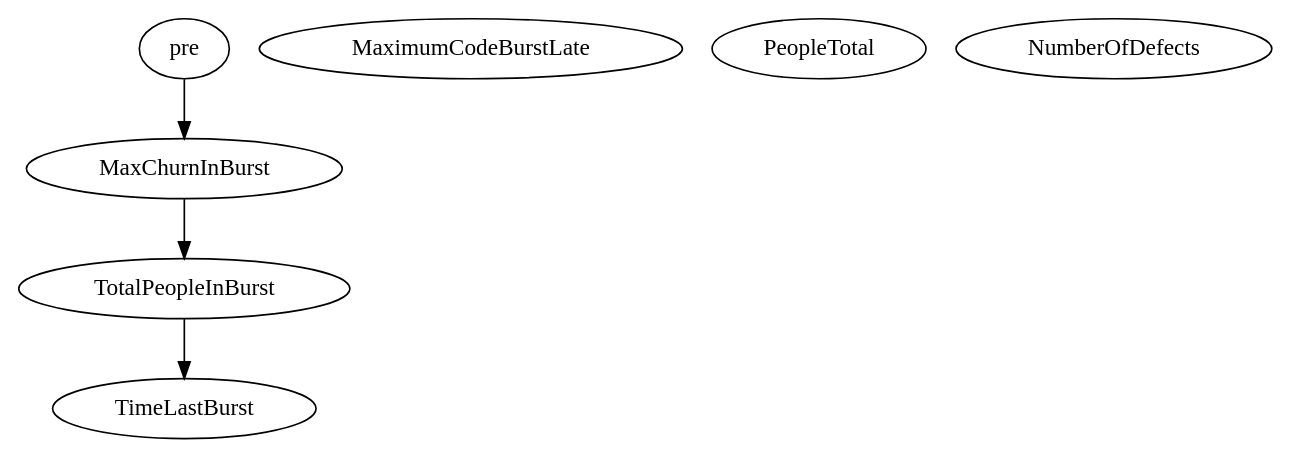
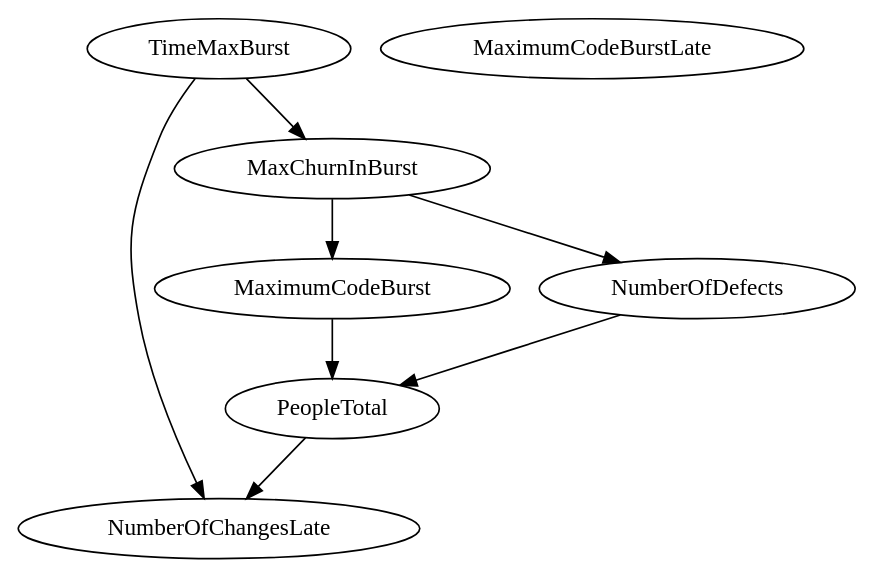
Before and after one commit to Broshen/defect_prediction_analysis: the diagram in experiment_4/bn_graphs/weekly/classes/ECLIPSE21_GAP3-3_BURST3-3/ECLIPSE21_GAP3-3_BURST3-3_bn_3.dot, drawn with Graphviz. The commit also changed 340 other files, not shown here.

```diff
--- a/experiment_4/bn_graphs/weekly/classes/ECLIPSE21_GAP3-3_BURST3-3/ECLIPSE21_GAP3-3_BURST3-3_bn_3.dot
+++ b/experiment_4/bn_graphs/weekly/classes/ECLIPSE21_GAP3-3_BURST3-3/ECLIPSE21_GAP3-3_BURST3-3_bn_3.dot
@@ -1,12 +1,16 @@
 digraph {
-   TimeLastBurst;
+   NumberOfChangesLate;
+   MaximumCodeBurst;
+   NumberOfDefects;
+   MaxChurnInBurst;
+   TimeMaxBurst;
    MaximumCodeBurstLate;
    PeopleTotal;
-   NumberOfDefects;
-   TotalPeopleInBurst;
-   pre;
-   MaxChurnInBurst;
-   TotalPeopleInBurst -> TimeLastBurst;
-   pre -> MaxChurnInBurst;
-   MaxChurnInBurst -> TotalPeopleInBurst;
+   MaximumCodeBurst -> PeopleTotal;
+   NumberOfDefects -> PeopleTotal;
+   MaxChurnInBurst -> MaximumCodeBurst;
+   MaxChurnInBurst -> NumberOfDefects;
+   TimeMaxBurst -> NumberOfChangesLate;
+   TimeMaxBurst -> MaxChurnInBurst;
+   PeopleTotal -> NumberOfChangesLate;
 }
```
